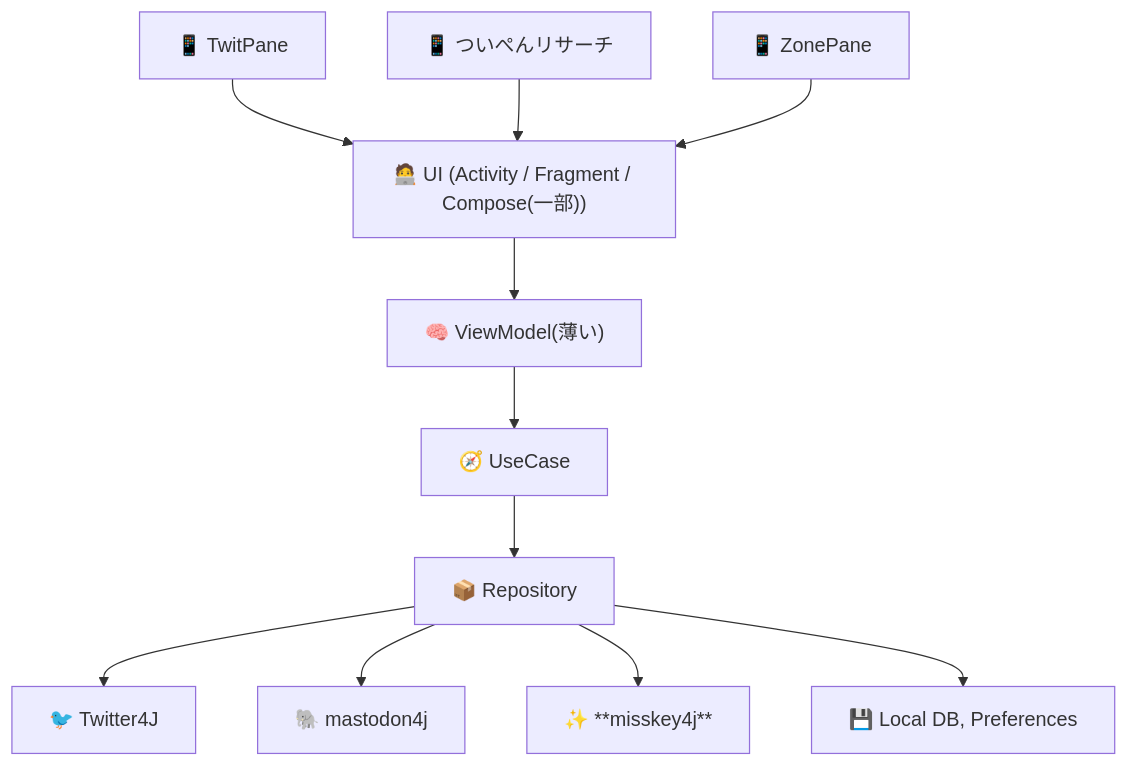
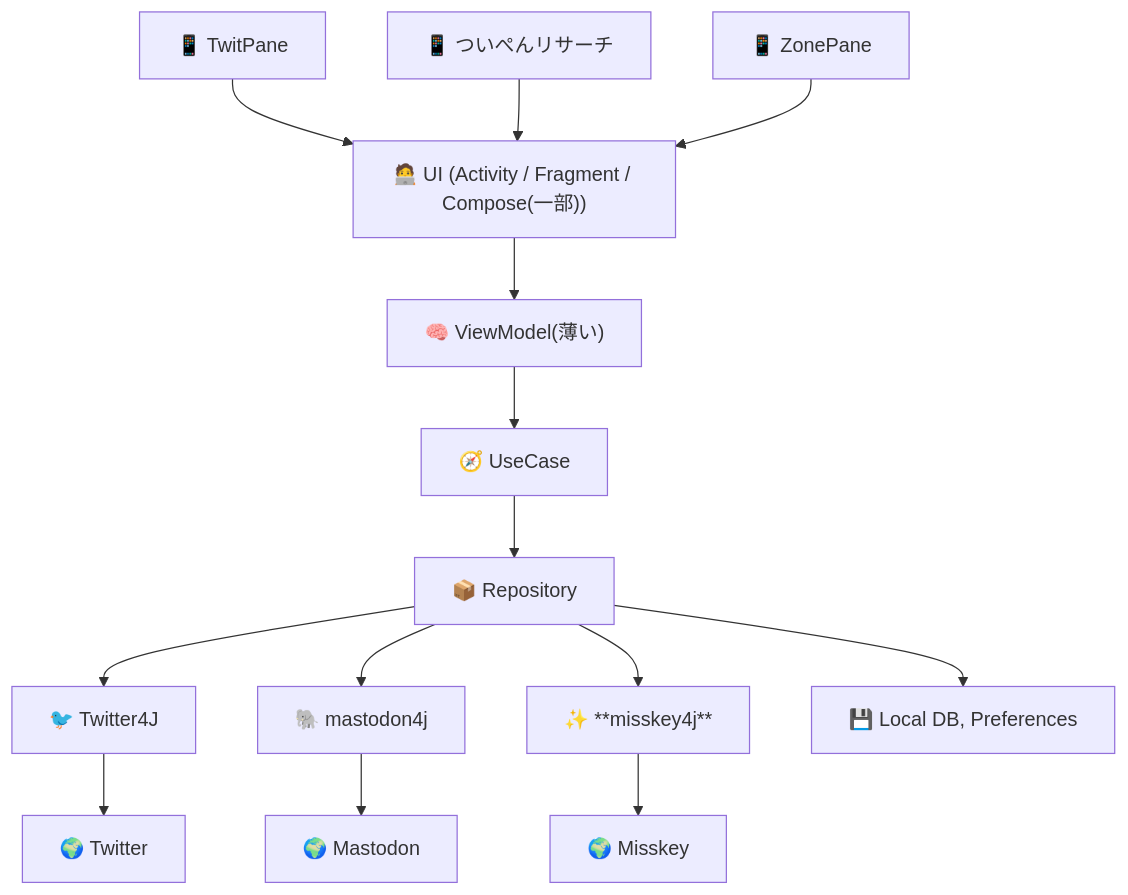
One commit to takke/mermaid_exam changed the third of 6 diagrams in twitpane.md. Above: the diagram before and after it, drawn with Mermaid. The commit also changed other lines of this file, not shown here.

````diff
--- a/twitpane.md
+++ b/twitpane.md
@@ -50,23 +57,31 @@
 ```mermaid
 flowchart TD
   TP["📱 TwitPane"]
   TPR["📱 ついぺんリサーチ"]
   ZP["📱 ZonePane"]
+
   UI["🧑‍💻 UI (Activity / Fragment / Compose(一部))"]
   VM["🧠 ViewModel(薄い)"]
   UC["🧭 UseCase"]
   RP["📦 Repository"]
+
   TW["🐦 Twitter4J"]
   MA["🐘 mastodon4j"]
   MI["✨ **misskey4j**"]
   DB["💾 Local DB, Preferences"]
 
+  S_TW["🌍 Twitter"]
+  S_MA["🌍 Mastodon"]
+  S_MI["🌍 Misskey"]
+
   TP --> UI
   TPR --> UI
   ZP --> UI
+
   UI --> VM --> UC --> RP
-  RP --> TW
-  RP --> MA
-  RP --> MI
+
+  RP --> TW --> S_TW
+  RP --> MA --> S_MA
+  RP --> MI --> S_MI
   RP --> DB
 ```
````
